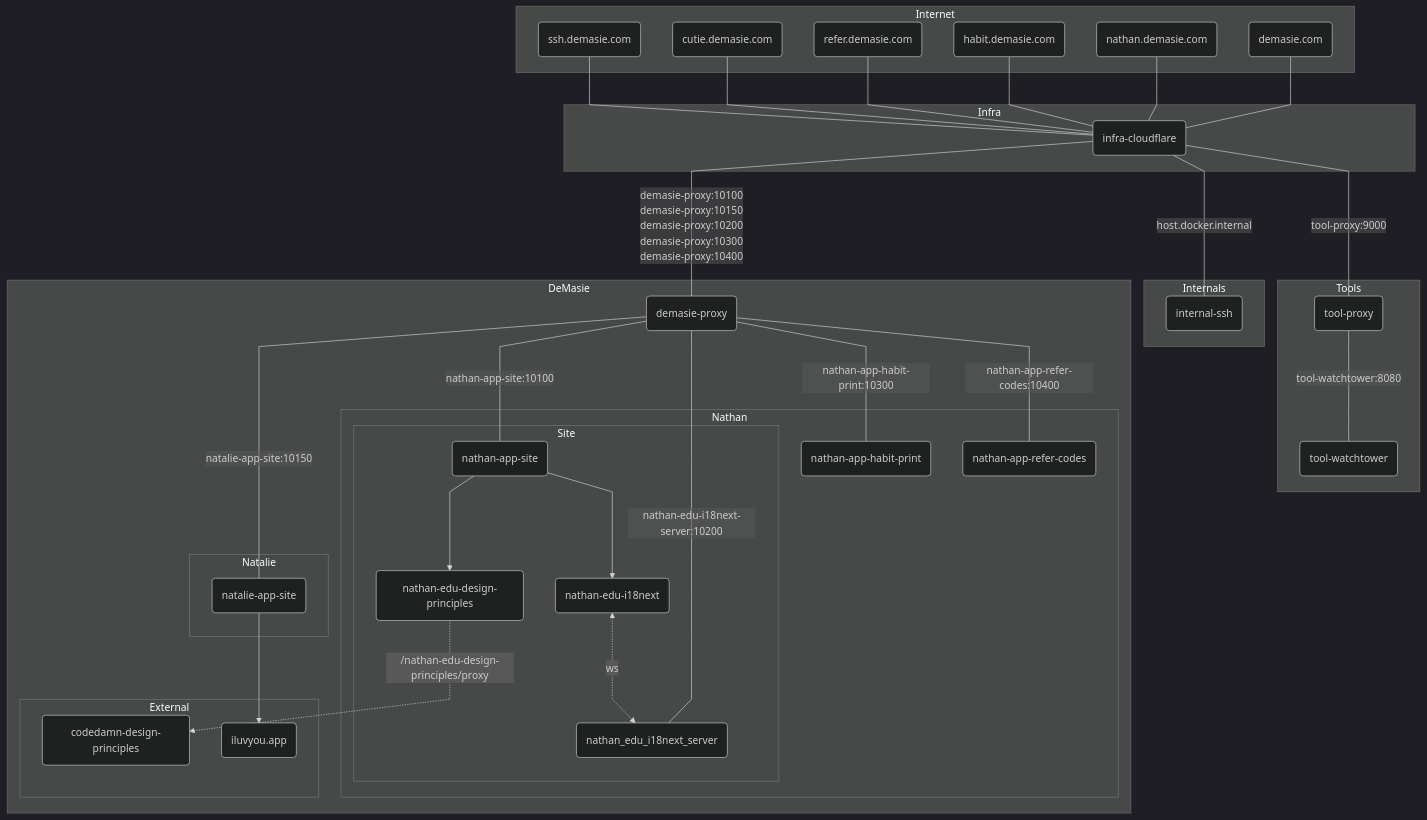
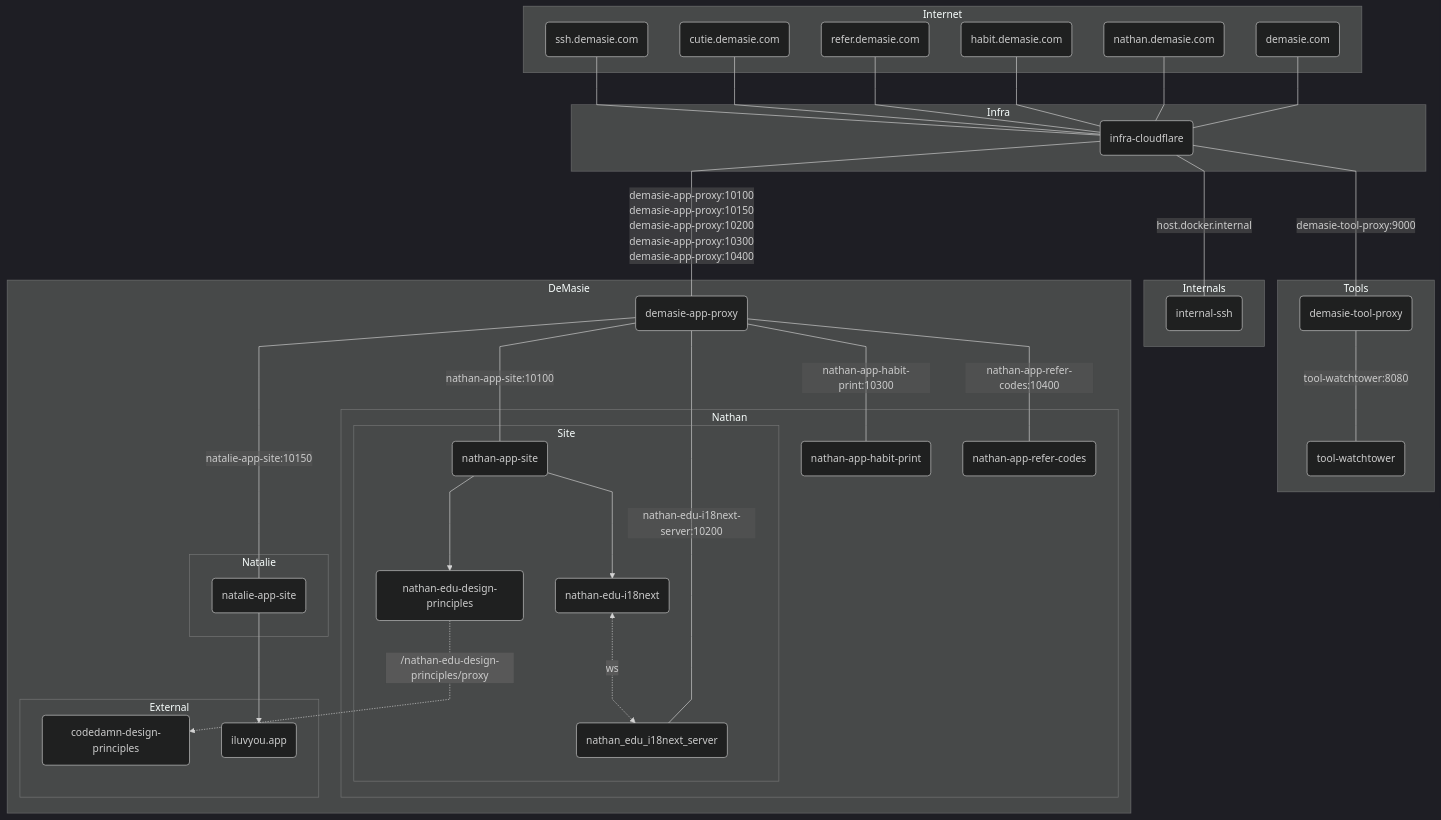
Before and after one commit to ndemasie/demasie.com: the diagram in README.md, drawn with Mermaid. The commit also changed 23 other files, not shown here.

```diff
--- a/README.md
+++ b/README.md
@@ -41,12 +41,12 @@
   end
 
   subgraph Tools
-    tool_proxy(tool-proxy)
+    demasie_tool_proxy(demasie-tool-proxy)
     tool_watchtower(tool-watchtower)
   end
 
   subgraph DeMasie
-    demasie_proxy(demasie-proxy)
+    demasie_app_proxy(demasie-app-proxy)
 
     subgraph Natalie
       natalie_app_site(natalie-app-site)
@@ -79,17 +79,17 @@
   domain_cutie --- infra_cloudflare
   domain_ssh --- infra_cloudflare
 
-  infra_cloudflare ---|<div>demasie-proxy:10100</br>demasie-proxy:10150</br>demasie-proxy:10200</br>demasie-proxy:10300</br>demasie-proxy:10400</br></div>| demasie_proxy
-  infra_cloudflare ---|<div>tool-proxy:9000</div>| tool_proxy
+  infra_cloudflare ---|<div>demasie-app-proxy:10100</br>demasie-app-proxy:10150</br>demasie-app-proxy:10200</br>demasie-app-proxy:10300</br>demasie-app-proxy:10400</br></div>| demasie_app_proxy
+  infra_cloudflare ---|<div>demasie-tool-proxy:9000</div>| demasie_tool_proxy
   infra_cloudflare ---|<div>host.docker.internal</div>| internal_ssh
 
-  demasie_proxy ---|<div>nathan-app-site:10100</div>| nathan_app_site
-  demasie_proxy ---|<div>natalie-app-site:10150</div>| natalie_app_site
-  demasie_proxy ---|<div>nathan-edu-i18next-server:10200</div>| nathan_edu_i18next_server
-  demasie_proxy ---|<div>nathan-app-habit-print:10300</div>| nathan_app_habit_print
-  demasie_proxy ---|<div>nathan-app-refer-codes:10400</div>| nathan_app_referral_codes
+  demasie_app_proxy ---|<div>nathan-app-site:10100</div>| nathan_app_site
+  demasie_app_proxy ---|<div>natalie-app-site:10150</div>| natalie_app_site
+  demasie_app_proxy ---|<div>nathan-edu-i18next-server:10200</div>| nathan_edu_i18next_server
+  demasie_app_proxy ---|<div>nathan-app-habit-print:10300</div>| nathan_app_habit_print
+  demasie_app_proxy ---|<div>nathan-app-refer-codes:10400</div>| nathan_app_referral_codes
 
-  tool_proxy ---|<div>tool-watchtower:8080</div>| tool_watchtower
+  demasie_tool_proxy ---|<div>tool-watchtower:8080</div>| tool_watchtower
 
   natalie_app_site --> iluvyou_app
 
@@ -104,7 +104,7 @@
   click domain_nathan "https://nathan.demasie.com" _blank
   click domain_refer "https://refer.demasie.com" _blank
 
-  click demasie_proxy "https://github.com/ndemasie/ndemasie.github.io/tree/main/packages/demasie_proxy" _blank
+  click demasie_app_proxy "https://github.com/ndemasie/ndemasie.github.io/tree/main/packages/demasie-app-proxy" _blank
   click nathan_app_habit_print "https://github.com/ndemasie/ndemasie.github.io/tree/main/packages/nathan-app-habit-print" _blank
   click nathan_app_referral_codes "https://github.com/ndemasie/ndemasie.github.io/tree/main/packages/nathan-app-refer-codes" _blank
   click nathan_app_site "https://github.com/ndemasie/ndemasie.github.io/tree/main/packages/nathan-app-site" _blank
```
